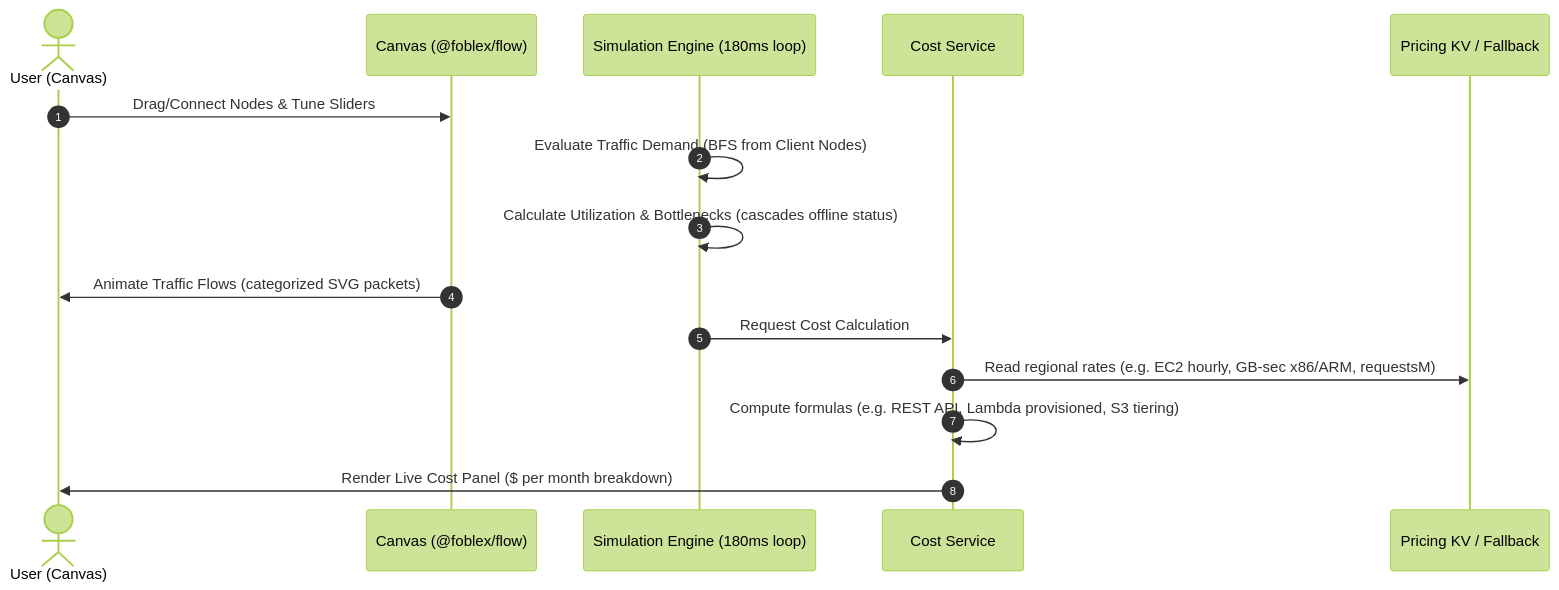
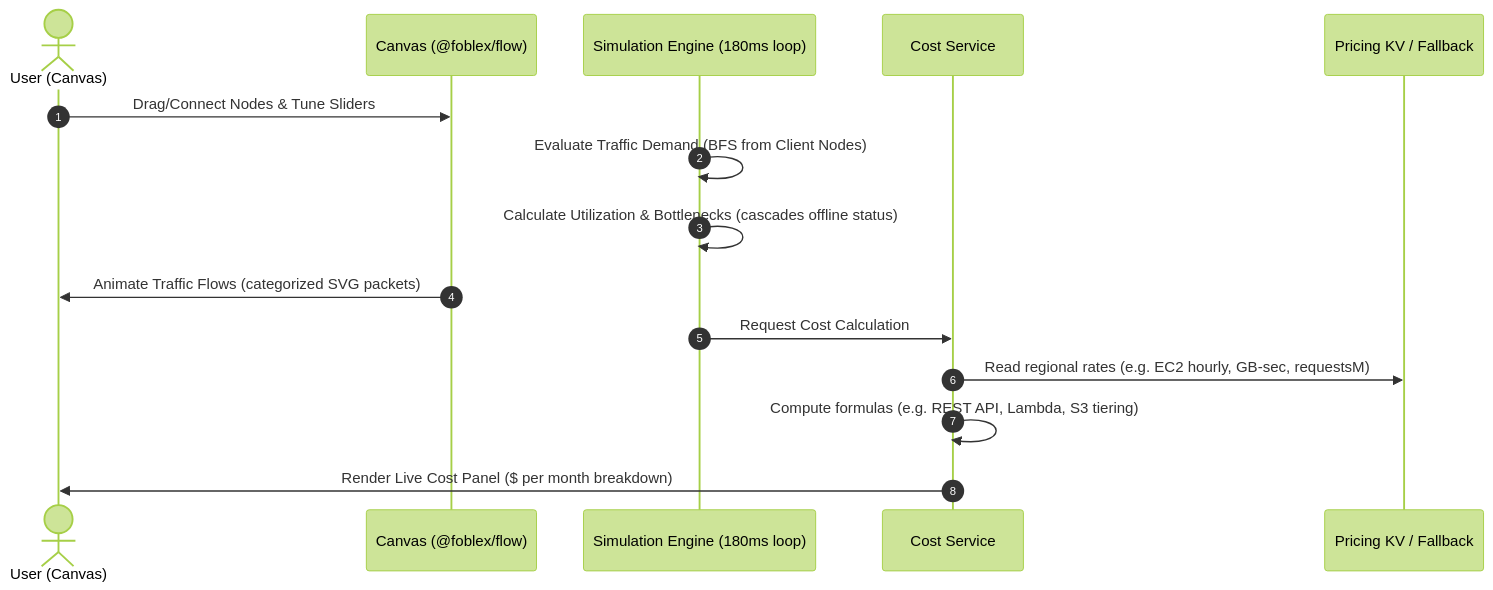
One commit to 000Sushant/system-design-simulator changed the second of 2 diagrams in README.md. Above: the diagram before and after it, drawn with Mermaid (forest theme). The commit also changed other lines of this file, not shown here.

````diff
--- a/README.md
+++ b/README.md
@@ -48,18 +94,18 @@
 ```mermaid
 sequenceDiagram
     autonumber
     actor User as User (Canvas)
     participant C as Canvas (@foblex/flow)
     participant SE as Simulation Engine (180ms loop)
     participant CS as Cost Service
     participant KV as Pricing KV / Fallback
 
     User->>C: Drag/Connect Nodes & Tune Sliders
     SE->>SE: Evaluate Traffic Demand (BFS from Client Nodes)
     SE->>SE: Calculate Utilization & Bottlenecks (cascades offline status)
     C->>User: Animate Traffic Flows (categorized SVG packets)
     SE->>CS: Request Cost Calculation
-    CS->>KV: Read regional rates (e.g. EC2 hourly, GB-sec x86/ARM, requestsM)
-    CS->>CS: Compute formulas (e.g. REST API, Lambda provisioned, S3 tiering)
+    CS->>KV: Read regional rates (e.g. EC2 hourly, GB-sec, requestsM)
+    CS->>CS: Compute formulas (e.g. REST API, Lambda, S3 tiering)
     CS->>User: Render Live Cost Panel ($ per month breakdown)
 ```
````
